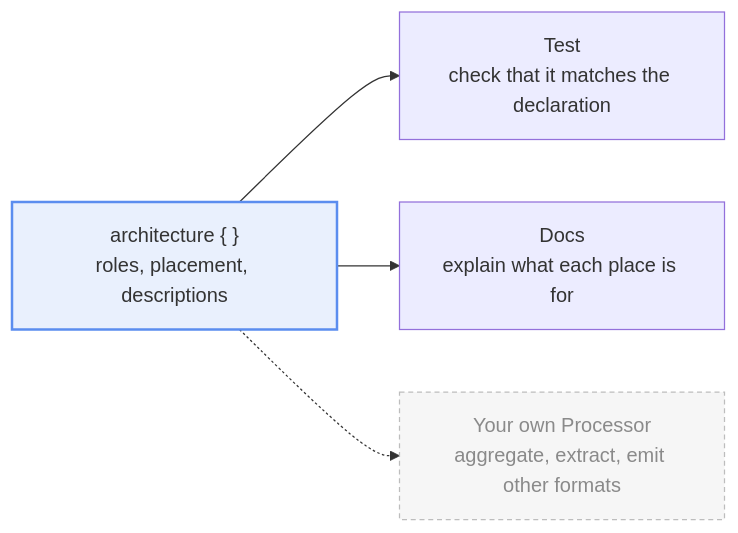
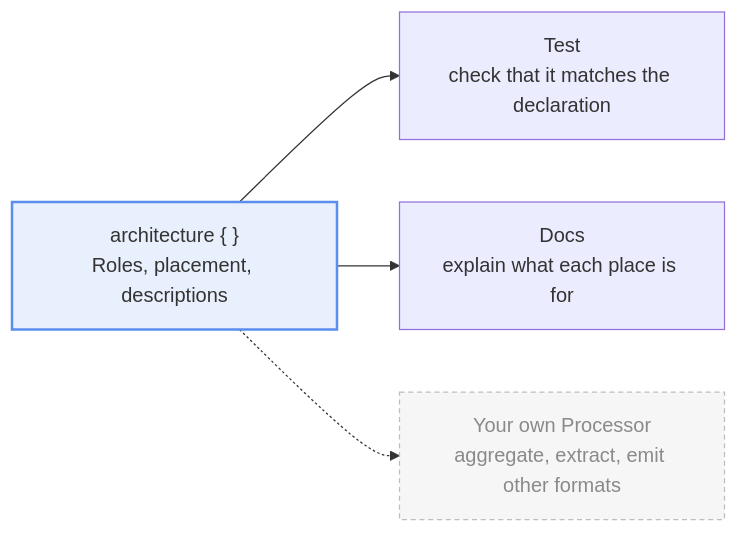
One commit to TBSten/katachi changed the second of 2 diagrams in docs/src/content/docs/get-started/faq.mdx. Above: the diagram before and after it, drawn with Mermaid. The commit also changed other lines of this file and 43 other files, not shown here.

````diff
--- a/docs/src/content/docs/get-started/faq.mdx
+++ b/docs/src/content/docs/get-started/faq.mdx
@@ -204,10 +204,10 @@
 ```mermaid
 flowchart LR
-    D["architecture { }<br/>roles, placement, descriptions"]
+    D["architecture { }<br/>Roles, placement, descriptions"]
     D --> T["Test<br/>check that it matches the declaration"]
     D --> M["Docs<br/>explain what each place is for"]
     D -.-> C["Your own Processor<br/>aggregate, extract, emit other formats"]
 
     style D fill:#5B8DEF22,stroke:#5B8DEF,stroke-width:2px
     style C fill:#BDBDBD22,stroke:#BDBDBD,stroke-dasharray:4 3,color:#8A8A8A
 ```
````
